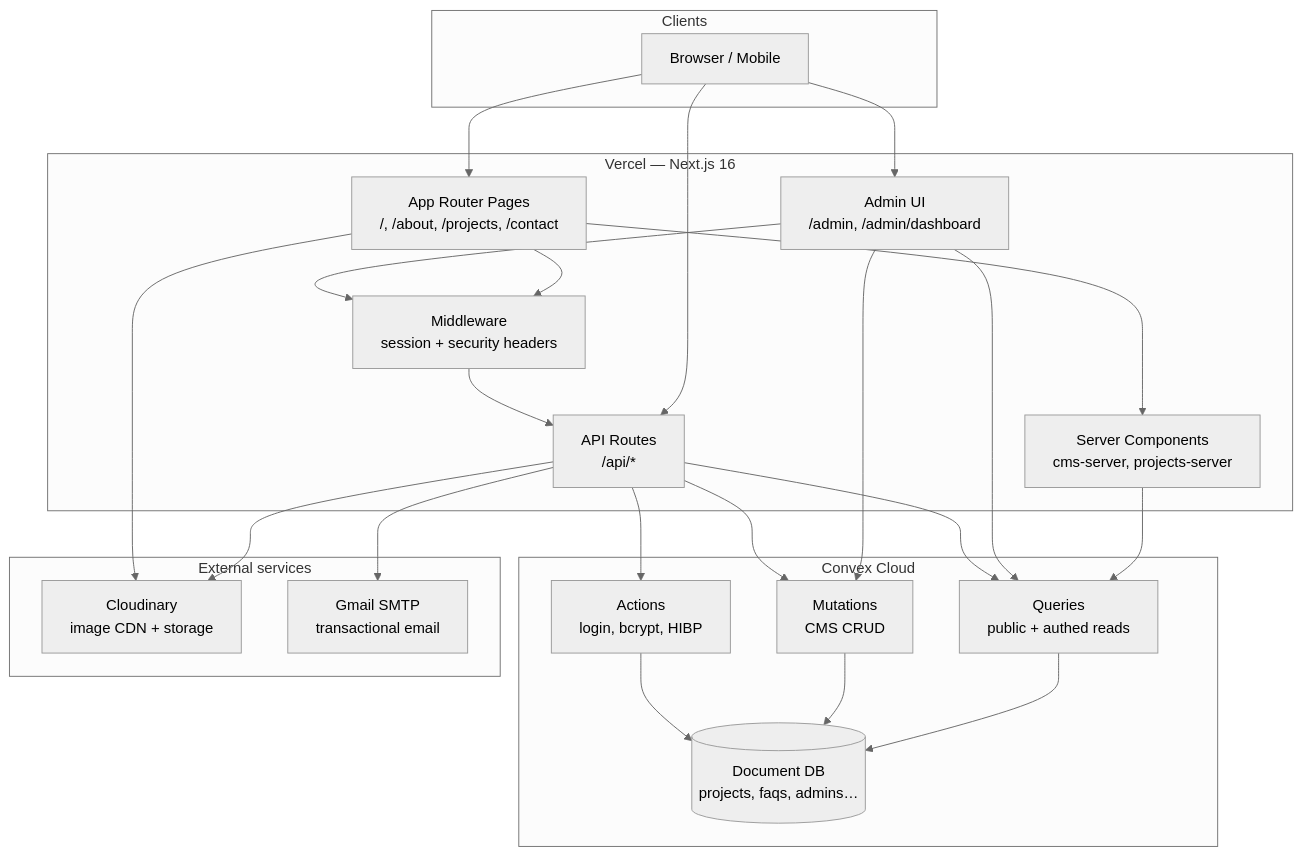
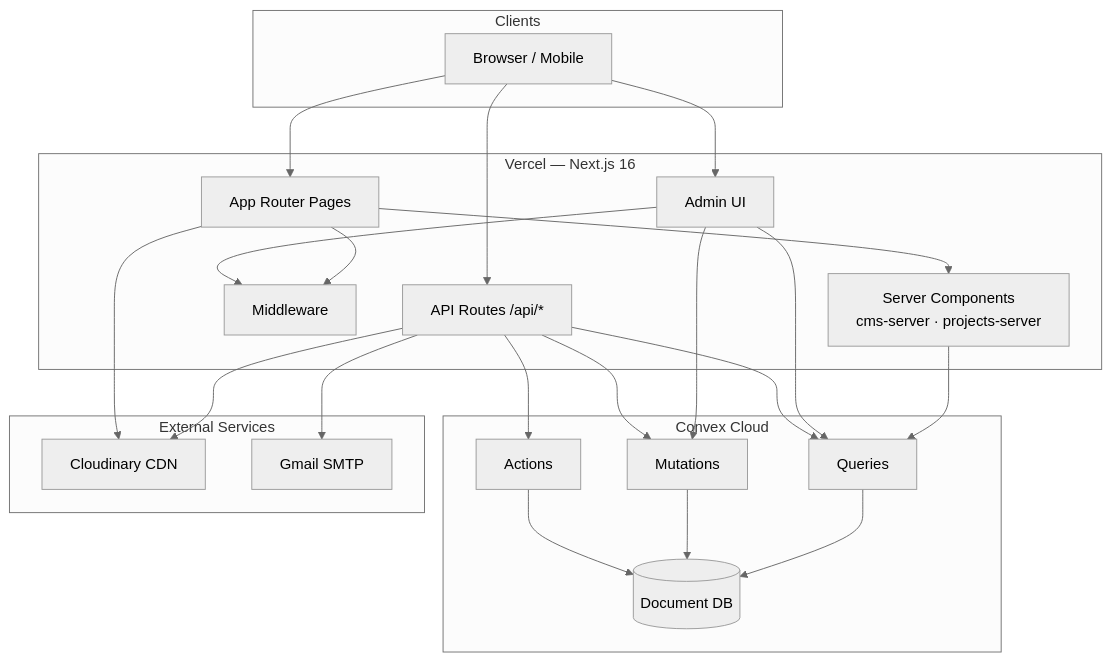
The first of 15 diagrams in README.md (mawlid1431/Portfolio), drawn with Mermaid (neutral theme) before and after one commit. The commit also changed other lines of this file, not shown here.

````diff
--- a/README.md
+++ b/README.md
@@ -45,49 +112,35 @@
 ```mermaid
 flowchart TB
   subgraph Clients["Clients"]
     Browser["Browser / Mobile"]
   end
 
   subgraph Vercel["Vercel — Next.js 16"]
-    Pages["App Router Pages<br/>/, /about, /projects, /contact"]
-    AdminUI["Admin UI<br/>/admin, /admin/dashboard"]
-    API["API Routes<br/>/api/*"]
-    MW["Middleware<br/>session + security headers"]
-    SSR["Server Components<br/>cms-server, projects-server"]
+    Pages["App Router Pages"]
+    AdminUI["Admin UI"]
+    API["API Routes /api/*"]
+    MW["Middleware"]
+    SSR["Server Components<br/>cms-server · projects-server"]
   end
 
   subgraph Convex["Convex Cloud"]
-    Queries["Queries<br/>public + authed reads"]
-    Mutations["Mutations<br/>CMS CRUD"]
-    Actions["Actions<br/>login, bcrypt, HIBP"]
-    DB[("Document DB<br/>projects, faqs, admins…")]
+    Q["Queries"]
+    M["Mutations"]
+    A["Actions"]
+    DB[("Document DB")]
   end
 
-  subgraph External["External services"]
-    Cloudinary["Cloudinary<br/>image CDN + storage"]
-    Gmail["Gmail SMTP<br/>transactional email"]
+  subgraph External["External Services"]
+    CL["Cloudinary CDN"]
+    SMTP["Gmail SMTP"]
   end
 
-  Browser --> Pages
-  Browser --> AdminUI
-  Browser --> API
-  Pages --> MW
-  AdminUI --> MW
-  MW --> API
-
-  Pages --> SSR
-  SSR --> Queries
-  AdminUI --> Queries
-  AdminUI --> Mutations
-  API --> Actions
-  API --> Queries
-  API --> Mutations
-
-  Queries --> DB
-  Mutations --> DB
-  Actions --> DB
-
-  API --> Cloudinary
-  API --> Gmail
-  Pages --> Cloudinary
+  Browser --> Pages & AdminUI & API
+  Pages & AdminUI --> MW
+  Pages --> SSR --> Q
+  AdminUI --> Q & M
+  API --> A & Q & M
+  Q & M & A --> DB
+  API --> CL & SMTP
+  Pages --> CL
 ```
````
